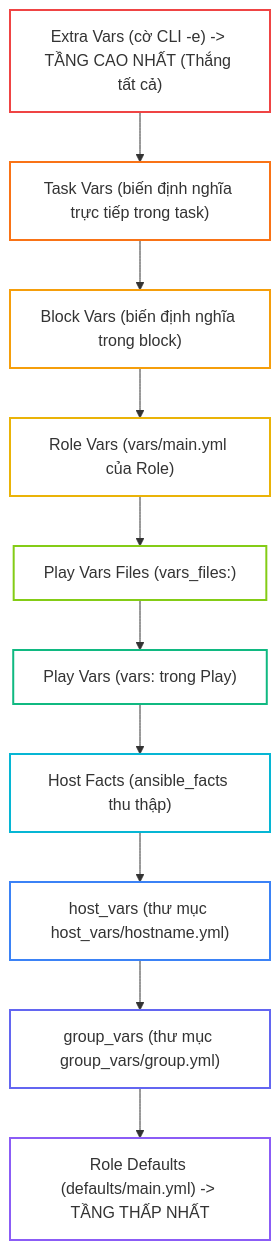
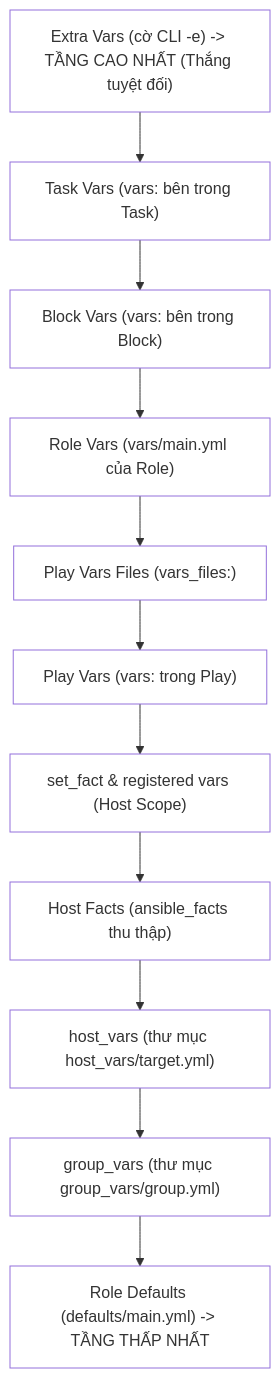
The first of 3 diagrams in _posts/2026-09-13-ansible-07-07-variables-precedence.md (kiennt308/ntk), drawn with Mermaid before and after one commit. The commit also changed other lines of this file and 30 other files, not shown here.

````diff
--- a/_posts/2026-09-13-ansible-07-07-variables-precedence.md
+++ b/_posts/2026-09-13-ansible-07-07-variables-precedence.md
@@ -83,23 +37,25 @@
 ```mermaid
 graph TD
-    A["Extra Vars (cờ CLI -e) -> TẦNG CAO NHẤT (Thắng tất cả)"] --> B["Task Vars (biến định nghĩa trực tiếp trong task)"]
-    B --> C["Block Vars (biến định nghĩa trong block)"]
+    A["Extra Vars (cờ CLI -e) -> TẦNG CAO NHẤT (Thắng tuyệt đối)"] --> B["Task Vars (vars: bên trong Task)"]
+    B --> C["Block Vars (vars: bên trong Block)"]
     C --> D["Role Vars (vars/main.yml của Role)"]
     D --> E["Play Vars Files (vars_files:)"]
     E --> F["Play Vars (vars: trong Play)"]
-    F --> G["Host Facts (ansible_facts thu thập)"]
-    G --> H["host_vars (thư mục host_vars/hostname.yml)"]
-    H --> I["group_vars (thư mục group_vars/group.yml)"]
-    I --> J["Role Defaults (defaults/main.yml) -> TẦNG THẤP NHẤT"]
+    F --> G["set_fact & registered vars (Host Scope)"]
+    G --> H["Host Facts (ansible_facts thu thập)"]
+    H --> I["host_vars (thư mục host_vars/target.yml)"]
+    I --> J["group_vars (thư mục group_vars/group.yml)"]
+    J --> K["Role Defaults (defaults/main.yml) -> TẦNG THẤP NHẤT"]
 
-    style A fill:none,stroke:#ef4444,stroke-width:2px
-    style B fill:none,stroke:#f97316,stroke-width:2px
-    style C fill:none,stroke:#f59e0b,stroke-width:2px
-    style D fill:none,stroke:#eab308,stroke-width:2px
-    style E fill:none,stroke:#84cc16,stroke-width:2px
-    style F fill:none,stroke:#10b981,stroke-width:2px
-    style G fill:none,stroke:#06b6d4,stroke-width:2px
-    style H fill:none,stroke:#3b82f6,stroke-width:2px
-    style I fill:none,stroke:#6366f1,stroke-width:2px
-    style J fill:none,stroke:#8b5cf6,stroke-width:2px
+    style A fill:none
+    style B fill:none
+    style C fill:none
+    style D fill:none
+    style E fill:none
+    style F fill:none
+    style G fill:none
+    style H fill:none
+    style I fill:none
+    style J fill:none
+    style K fill:none
 ```
````
